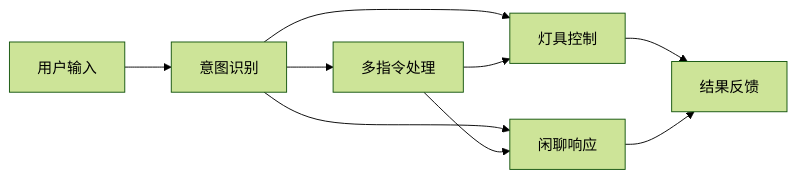
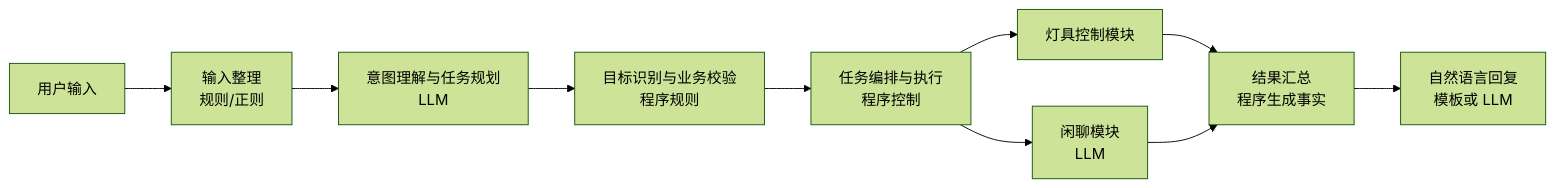
The first of 2 diagrams in 灯具控制与多指令Agent架构设计.md (Mrlittlezhuo/Smart-Home-AI-Assistant), drawn with Mermaid (forest theme) before and after one commit. The commit also changed other lines of this file, not shown here.

````diff
--- a/灯具控制与多指令Agent架构设计.md
+++ b/灯具控制与多指令Agent架构设计.md
@@ -117,11 +117,12 @@
 ```mermaid
 flowchart LR
-    A[用户输入] --> B[意图识别]
-    B --> C[灯具控制]
-    B --> D[闲聊响应]
-    B --> E[多指令处理]
-    C --> F[结果反馈]
-    D --> F
-    E --> C
-    E --> D
+    A[用户输入] --> B[输入整理<br/>规则/正则]
+    B --> C[意图理解与任务规划<br/>LLM]
+    C --> D[目标识别与业务校验<br/>程序规则]
+    D --> E[任务编排与执行<br/>程序控制]
+    E --> F[灯具控制模块]
+    E --> G[闲聊模块<br/>LLM]
+    F --> H[结果汇总<br/>程序生成事实]
+    G --> H
+    H --> I[自然语言回复<br/>模板或 LLM]
 ```
````
